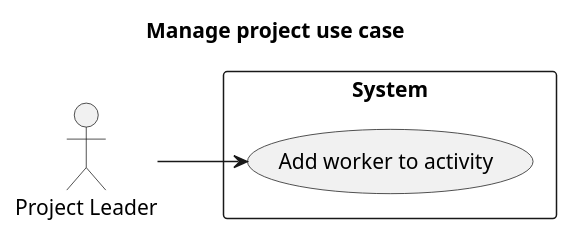
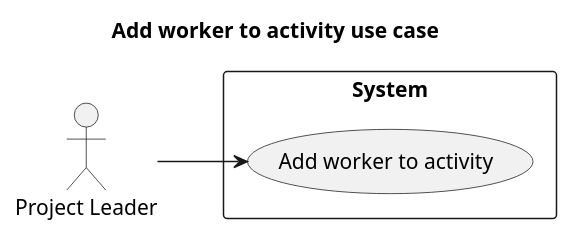
Before and after one commit to Shuhab-Siddigi/Software-Engineering: the diagram in usecases/Activity/add_worker_to_activity.md, drawn with PlantUML. The commit also changed other lines of this file and 8 other files, not shown here.

Commit message:
created sequence diagram

````diff
--- a/usecases/Activity/add_worker_to_activity.md
+++ b/usecases/Activity/add_worker_to_activity.md
@@ -1,20 +1,19 @@
 ```plantuml
 @startuml
 left to right direction
-title Manage project use case
+title Add worker to activity use case
 actor "Project Leader" as pl
 
 
 rectangle System {
   usecase "Add worker to activity" as UC1
 
 
   
 pl --> UC1
 
 
 }
 
-
 @enduml
 ```
````
